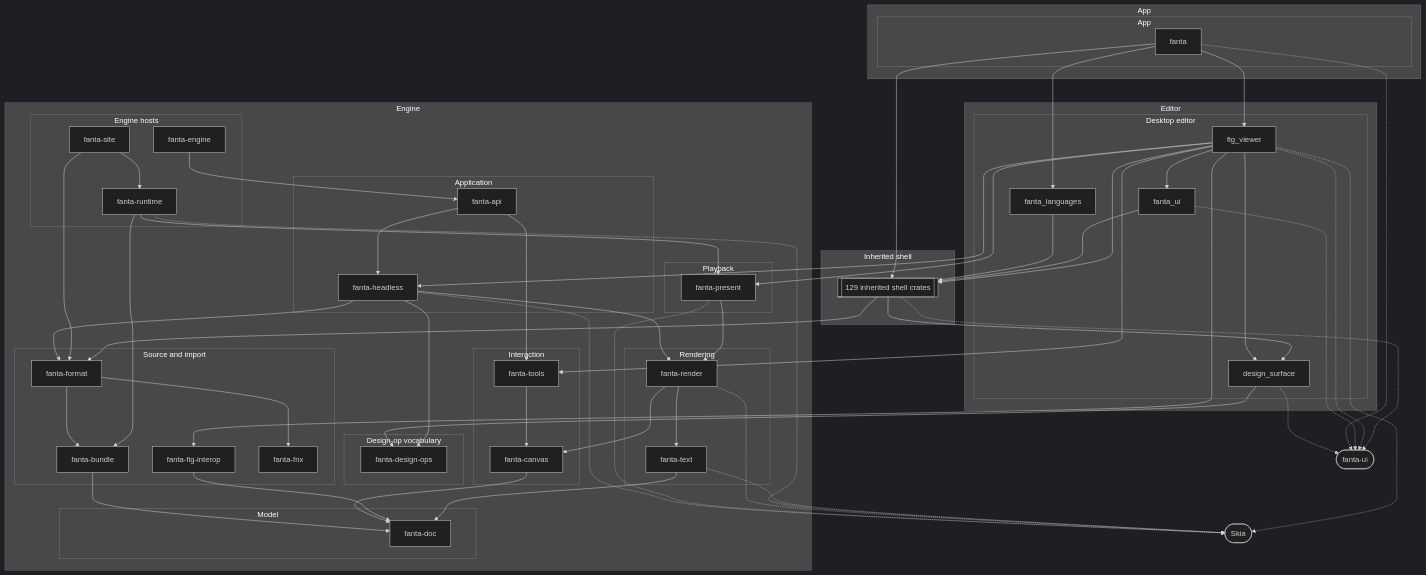
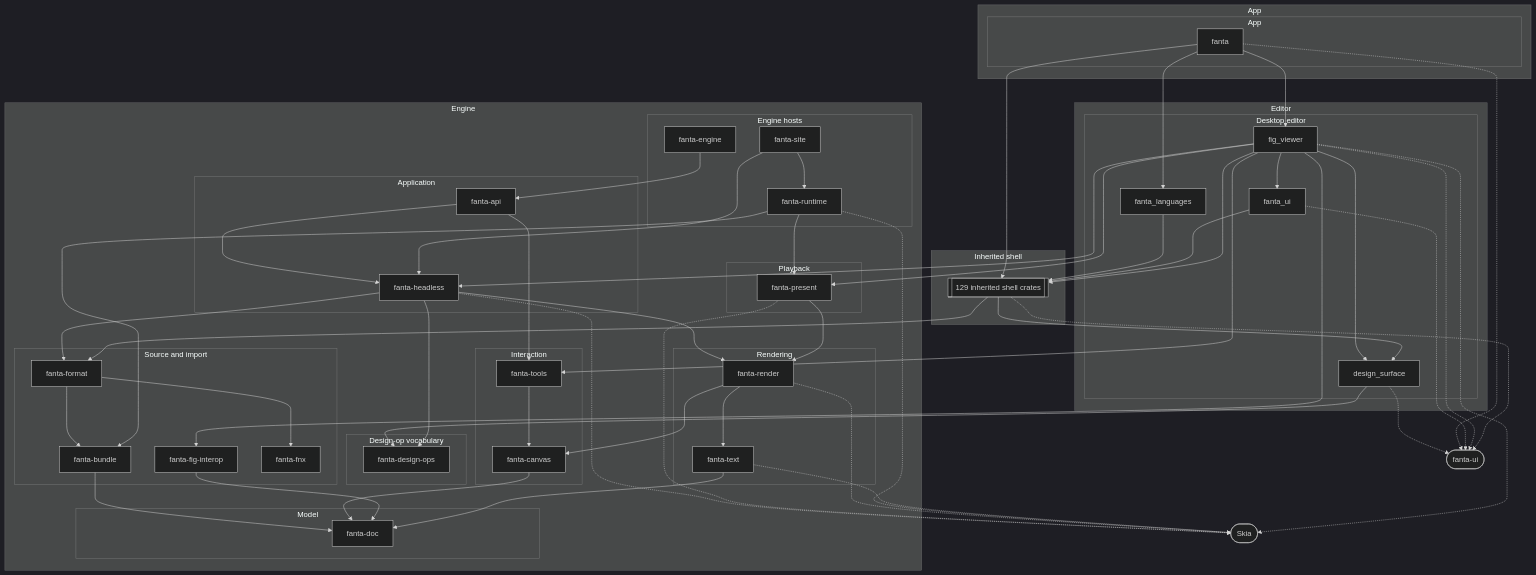
The second of 2 diagrams in docs/architecture/crate-map.md (jeanc18rlos/fanta-edit), drawn with Mermaid (dark theme) before and after one commit. The commit also changed other lines of this file and 7 other files, not shown here.

First line of the commit message:
fanta-site: Export a project as plain web files with --plain

```diff
--- a/docs/architecture/crate-map.md
+++ b/docs/architecture/crate-map.md
@@ -139,7 +139,7 @@
   crate_fanta_render --> crate_fanta_text
   crate_fanta_runtime --> crate_fanta_bundle
   crate_fanta_runtime --> crate_fanta_present
-  crate_fanta_site --> crate_fanta_format
+  crate_fanta_site --> crate_fanta_headless
   crate_fanta_site --> crate_fanta_runtime
   crate_fanta_text --> crate_fanta_doc
   crate_fanta_tools --> crate_fanta_canvas
```
